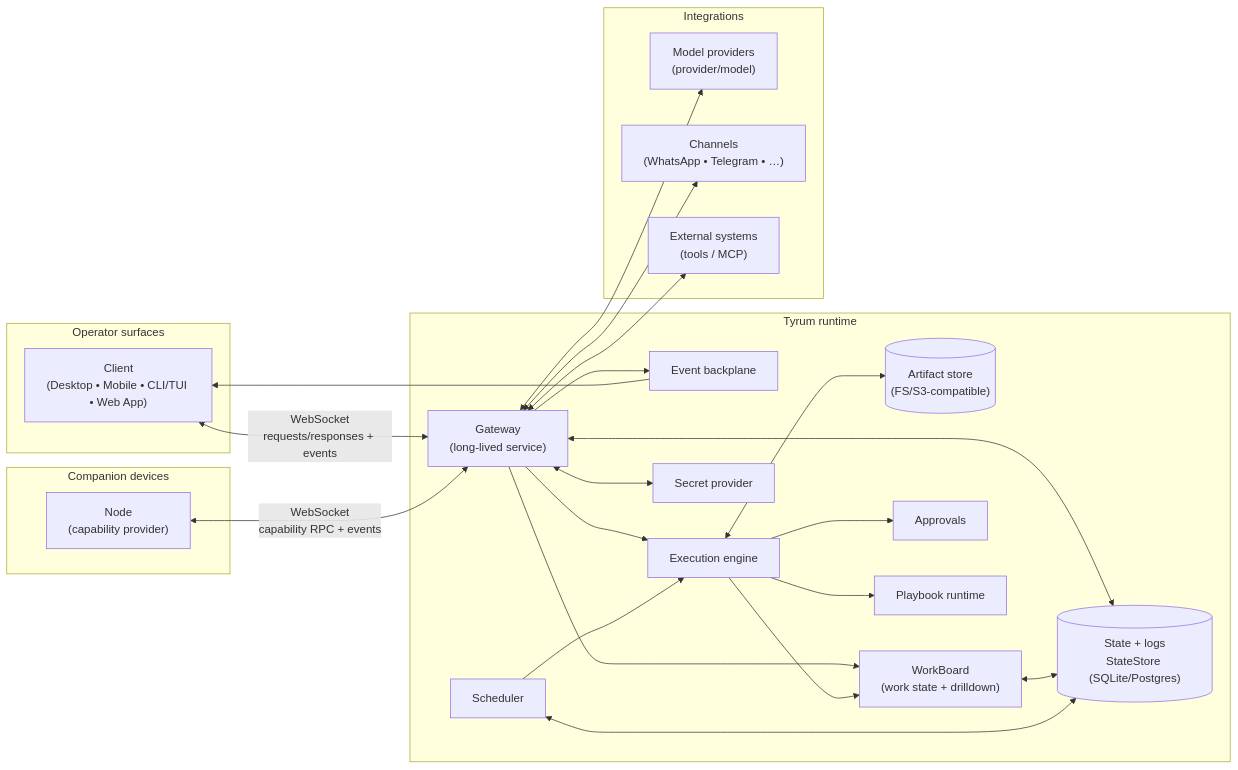
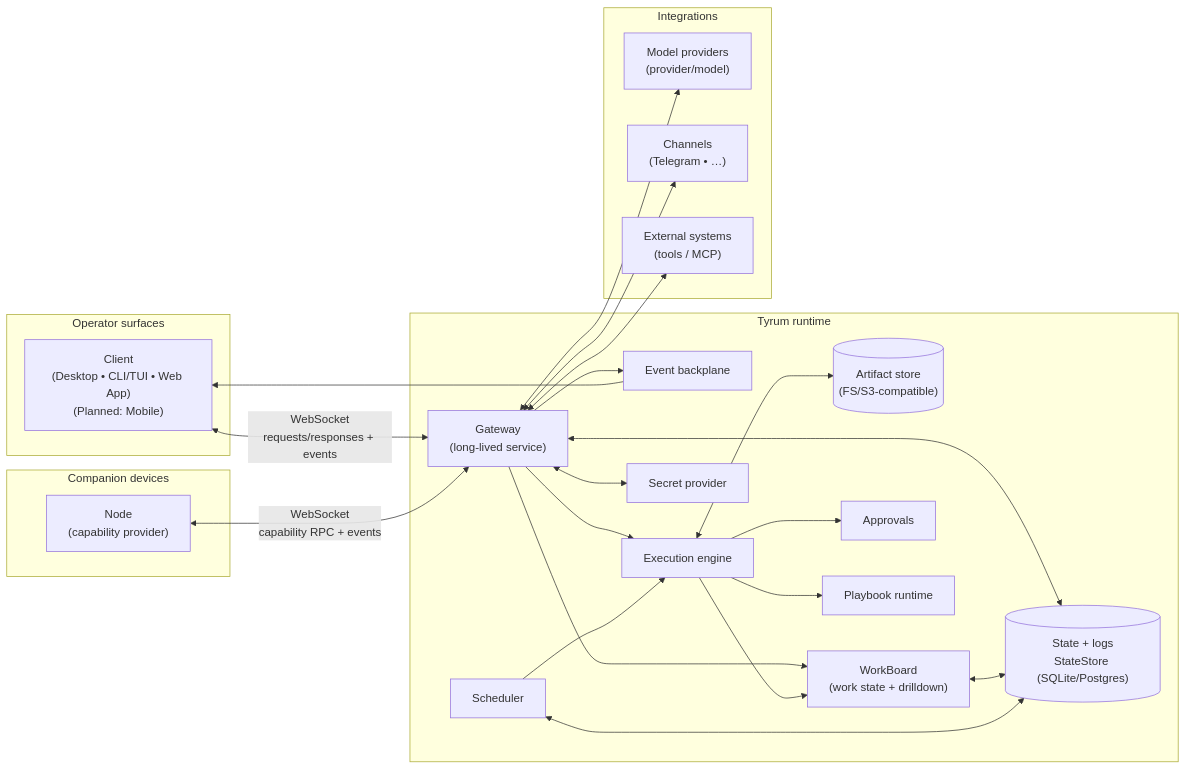
The diagram in docs/architecture/index.md (tyrumai/tyrum), drawn with Mermaid before and after one commit. The commit also changed other lines of this file and 47 other files, not shown here.

Commit message:
docs(gateway): reconcile architecture docs with implementation

````diff
--- a/docs/architecture/index.md
+++ b/docs/architecture/index.md
@@ -26,48 +30,48 @@
 ```mermaid
 flowchart LR
   subgraph Operator["Operator surfaces"]
-    C["Client<br/>(Desktop • Mobile • CLI/TUI • Web App)"]
+    C["Client<br/>(Desktop • CLI/TUI • Web App)<br/>(Planned: Mobile)"]
   end
 
   subgraph Runtime["Tyrum runtime"]
     G["Gateway<br/>(long-lived service)"]
     DB[("State + logs<br/>StateStore (SQLite/Postgres)")]
     AS[("Artifact store<br/>(FS/S3-compatible)")]
     EV["Event backplane"]
     ENG["Execution engine"]
     WB["WorkBoard<br/>(work state + drilldown)"]
     APPR["Approvals"]
     SCH["Scheduler"]
     PB["Playbook runtime"]
     SEC["Secret provider"]
   end
 
   subgraph Devices["Companion devices"]
     N["Node<br/>(capability provider)"]
   end
 
   subgraph Integrations["Integrations"]
     M["Model providers<br/>(provider/model)"]
-    CH["Channels<br/>(WhatsApp • Telegram • …)"]
+    CH["Channels<br/>(Telegram • …)"]
     EXT["External systems<br/>(tools / MCP)"]
   end
 
   C <--> |"WebSocket<br/>requests/responses + events"| G
   N <--> |"WebSocket<br/>capability RPC + events"| G
   G <--> DB
   ENG <--> AS
   WB <--> DB
   G --> EV
   EV --> C
   G --> ENG
   G --> WB
   ENG --> WB
   SCH <--> DB
   SCH --> ENG
   ENG --> APPR
   ENG --> PB
   G <--> SEC
   G <--> M
   G <--> CH
   G <--> EXT
 ```
````
